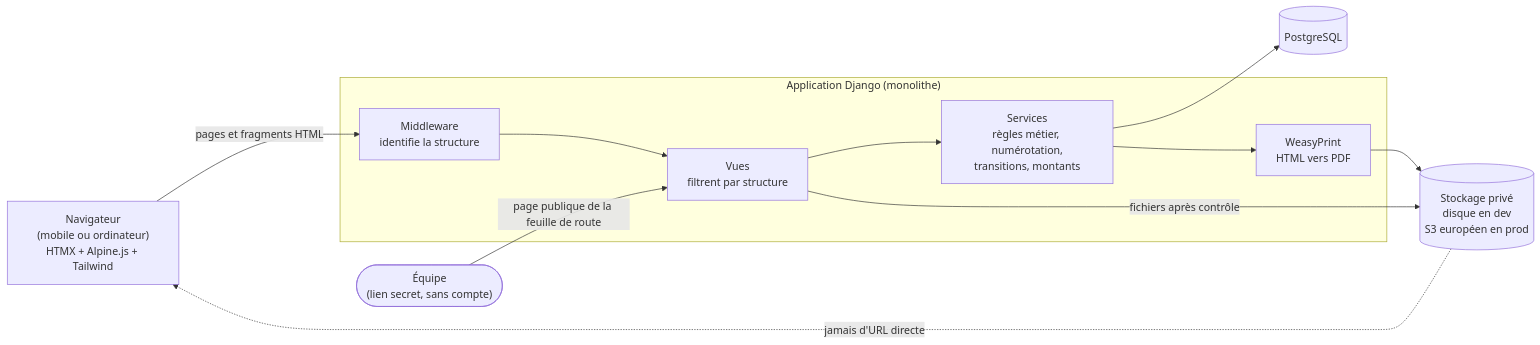
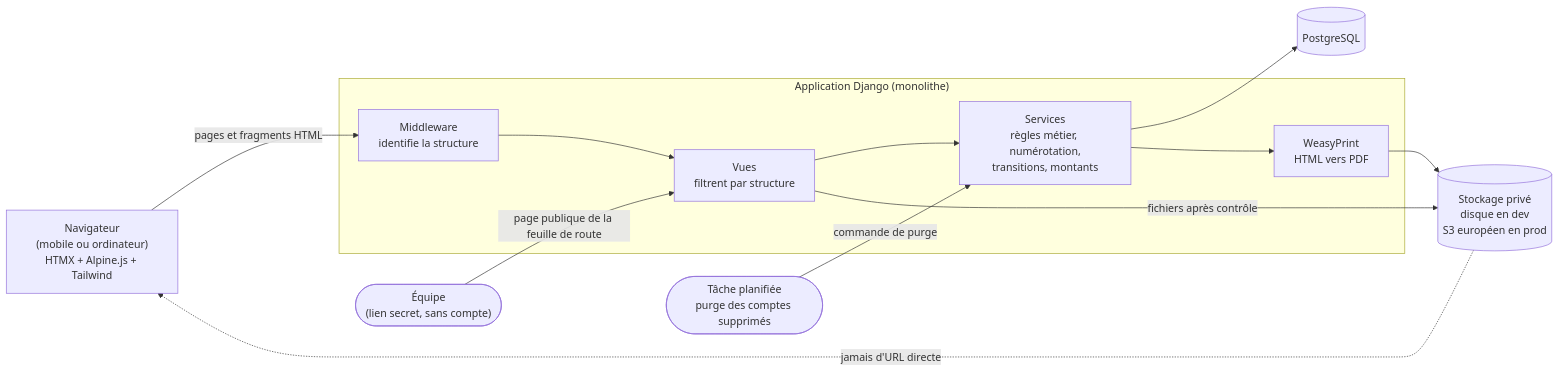
Before and after one commit to GaetanCSimplon/spectacle_vivant: diagram 18 of 18 in docs/09-cas-d-usage-et-diagrammes.md, drawn with Mermaid. The commit also changed other lines of this file and 2 other files, not shown here.

````diff
--- a/docs/09-cas-d-usage-et-diagrammes.md
+++ b/docs/09-cas-d-usage-et-diagrammes.md
@@ -580,25 +651,27 @@
 ```mermaid
 flowchart LR
     nav["Navigateur<br/>(mobile ou ordinateur)<br/>HTMX + Alpine.js + Tailwind"]
 
     subgraph srv["Application Django (monolithe)"]
         mw["Middleware<br/>identifie la structure"]
         vues["Vues<br/>filtrent par structure"]
         svc["Services<br/>règles métier, numérotation,<br/>transitions, montants"]
         pdf["WeasyPrint<br/>HTML vers PDF"]
     end
 
+    cron(["Tâche planifiée<br/>purge des comptes supprimés"])
     public(["Équipe<br/>(lien secret, sans compte)"])
     pg[("PostgreSQL")]
     st[("Stockage privé<br/>disque en dev<br/>S3 européen en prod")]
 
     nav -->|"pages et fragments HTML"| mw
     mw --> vues
     vues --> svc
     svc --> pg
     svc --> pdf
     pdf --> st
     vues -->|"fichiers après contrôle"| st
     st -.->|"jamais d'URL directe"| nav
+    cron -->|"commande de purge"| svc
     public -->|"page publique de la feuille de route"| vues
 ```
````
